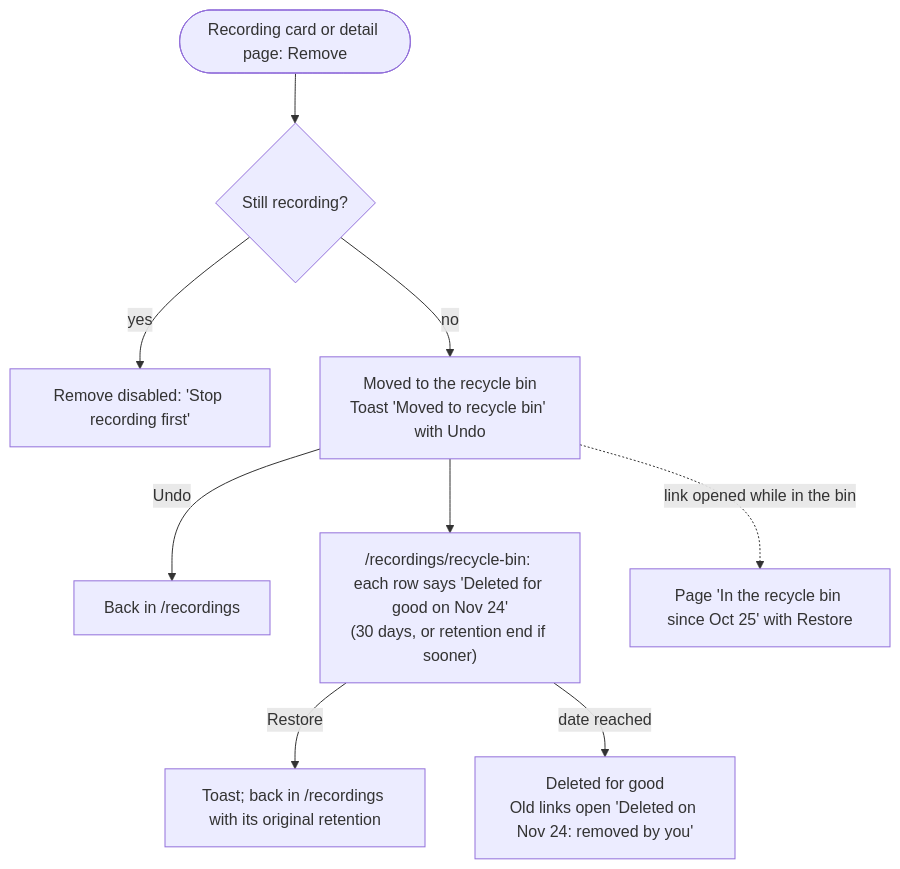
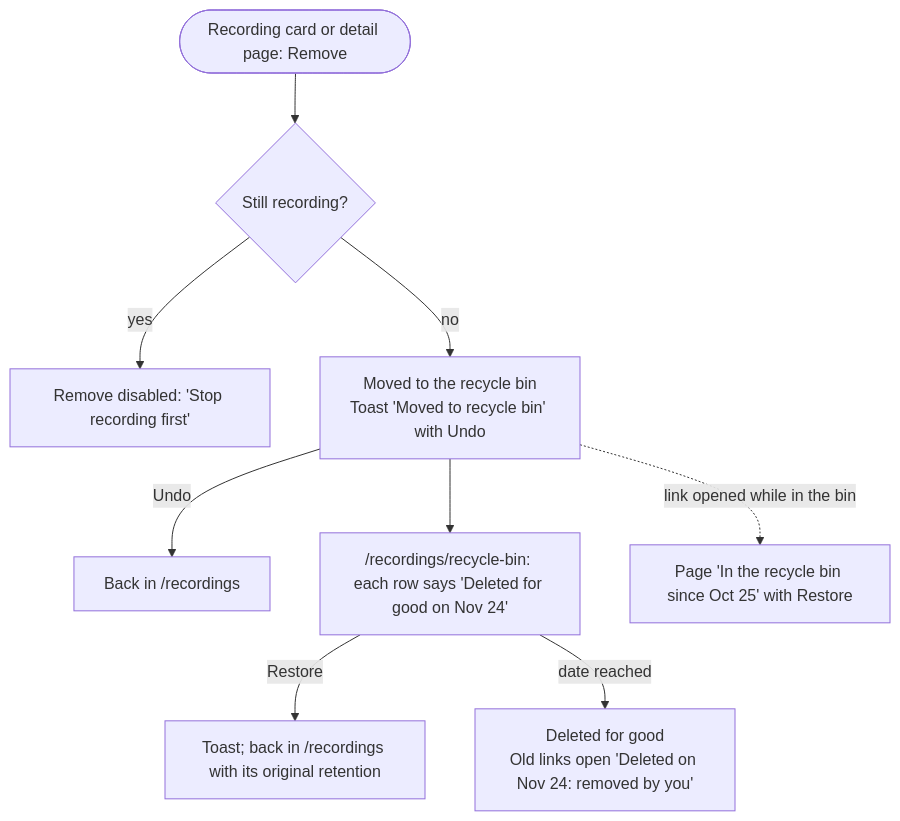
Before and after one commit to binhld98/AutoRecordLive: the sixth of 11 diagrams in docs/user-flows.md, drawn with Mermaid. The commit also changed other lines of this file, not shown here.

Commit message:
docs: add active listeners to user flows

````diff
--- a/docs/user-flows.md
+++ b/docs/user-flows.md
@@ -192,11 +203,11 @@
 ```mermaid
 flowchart TD
   card(["Recording card or detail page: Remove"]) --> state{"Still recording?"}
   state -- yes --> disabled["Remove disabled: 'Stop recording first'"]
   state -- no --> moved["Moved to the recycle bin<br/>Toast 'Moved to recycle bin' with Undo"]
   moved -- Undo --> back["Back in /recordings"]
-  moved --> binlist["/recordings/recycle-bin: each row says 'Deleted for good on Nov 24'<br/>(30 days, or retention end if sooner)"]
+  moved --> binlist["/recordings/recycle-bin: each row says 'Deleted for good on Nov 24'"]
   binlist -- Restore --> restored["Toast; back in /recordings with its original retention"]
   binlist -- "date reached" --> gone["Deleted for good<br/>Old links open 'Deleted on Nov 24: removed by you'"]
   moved -. "link opened while in the bin" .-> inbin["Page 'In the recycle bin since Oct 25' with Restore"]
 ```
````
